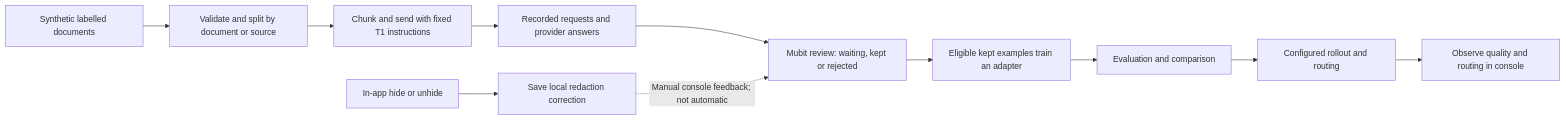
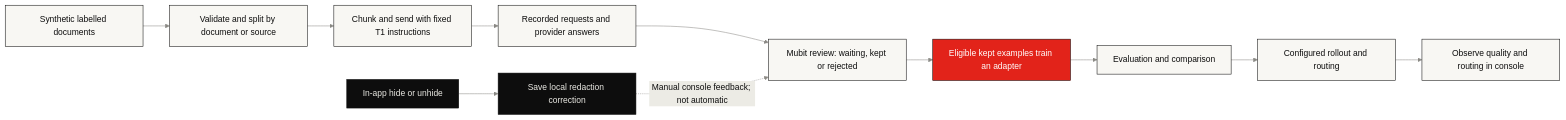
The diagram in docs/MUBIT.md (kolyamkl/night-shift), drawn with Mermaid before and after one commit. The commit also changed 9 other files, not shown here.

Commit message:
Docs: diagrams in the README's style, a backend layers picture

````diff
--- a/docs/MUBIT.md
+++ b/docs/MUBIT.md
@@ -71,13 +71,18 @@
 ```mermaid
+%%{init: {"theme": "base", "themeVariables": {"fontFamily": "ui-monospace, SFMono-Regular, Menlo, monospace", "primaryColor": "#f8f7f3", "primaryTextColor": "#0d0d0d", "primaryBorderColor": "#0d0d0d", "lineColor": "#8b8a85", "clusterBkg": "#ecebe5", "clusterBorder": "#0d0d0d", "edgeLabelBackground": "#ecebe5"}}}%%
 flowchart LR
     D["Synthetic labelled documents"] --> S["Validate and split by document or source"]
     S --> C["Chunk and send with fixed T1 instructions"]
     C --> R["Recorded requests and provider answers"]
     R --> E["Mubit review: waiting, kept or rejected"]
     E --> T["Eligible kept examples train an adapter"]
     T --> V["Evaluation and comparison"]
     V --> P["Configured rollout and routing"]
     P --> O["Observe quality and routing in console"]
     U["In-app hide or unhide"] --> L["Save local redaction correction"]
     L -.->|"Manual console feedback; not automatic"| E
+    classDef mubit fill:#e2231a,stroke:#0d0d0d,color:#ffffff
+    classDef ink fill:#0d0d0d,stroke:#0d0d0d,color:#ecebe5
+    class T mubit
+    class U,L ink
 ```
````
